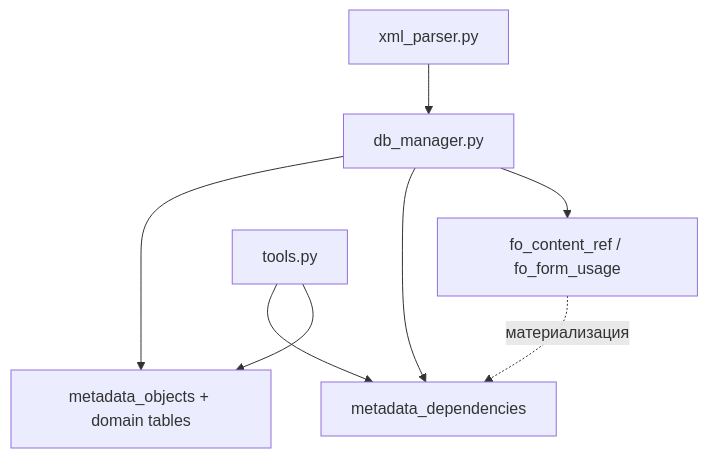
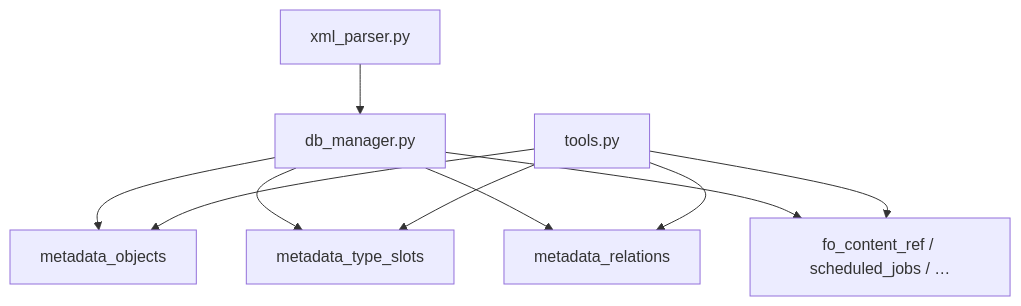
The diagram in docs/dependency-layer.md (ai6i4yvu6147-coder/1c-config-mcp-server), drawn with Mermaid before and after one commit. The commit also changed other lines of this file and 23 other files, not shown here.

First line of the commit message:
Implement metadata and form type systems (INDEXER_VERSION 9).

````diff
--- a/docs/dependency-layer.md
+++ b/docs/dependency-layer.md
@@ -44,10 +57,12 @@
 ```mermaid
 flowchart TB
   Parser[xml_parser.py] --> DM[db_manager.py]
-  DM --> MO[metadata_objects + domain tables]
-  DM --> MD[metadata_dependencies]
-  DM --> FO[fo_content_ref / fo_form_usage]
-  FO -.материализация.-> MD
-  Tools[tools.py] --> MD
-  Tools --> MO
+  DM --> MO[metadata_objects]
+  DM --> Slots[metadata_type_slots]
+  DM --> Rel[metadata_relations]
+  DM --> Domain[fo_content_ref / scheduled_jobs / …]
+  Tools[tools.py] --> MO
+  Tools --> Slots
+  Tools --> Rel
+  Tools --> Domain
 ```
````
